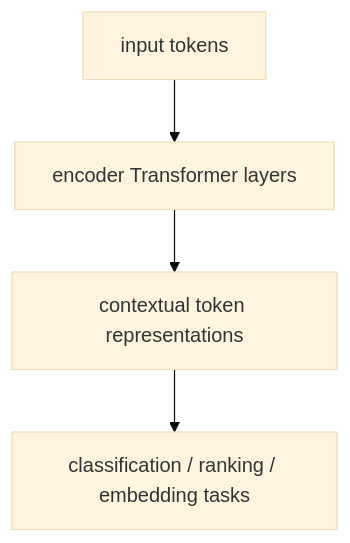
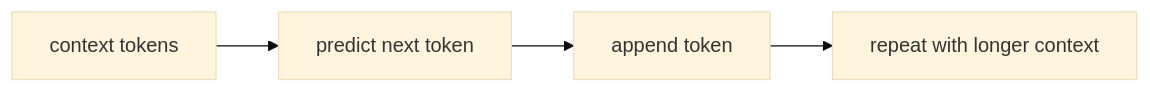
The diagram in docs/parts/part-05/chapter-05/section-01.md (devchan64/AiBook), drawn with Mermaid (base theme) before and after one commit. The commit also changed other lines of this file and 47 other files, not shown here.

````diff
--- a/docs/parts/part-05/chapter-05/section-01.md
+++ b/docs/parts/part-05/chapter-05/section-01.md
@@ -146,9 +101,9 @@
 ```mermaid
-flowchart TD
-  A["input tokens"]
-  B["encoder Transformer layers"]
-  C["contextual token representations"]
-  D["classification / ranking / embedding tasks"]
+flowchart LR
+  A["context tokens"]
+  B["predict next token"]
+  C["append token"]
+  D["repeat with longer context"]
 
   A --> B --> C --> D
 ```
````
